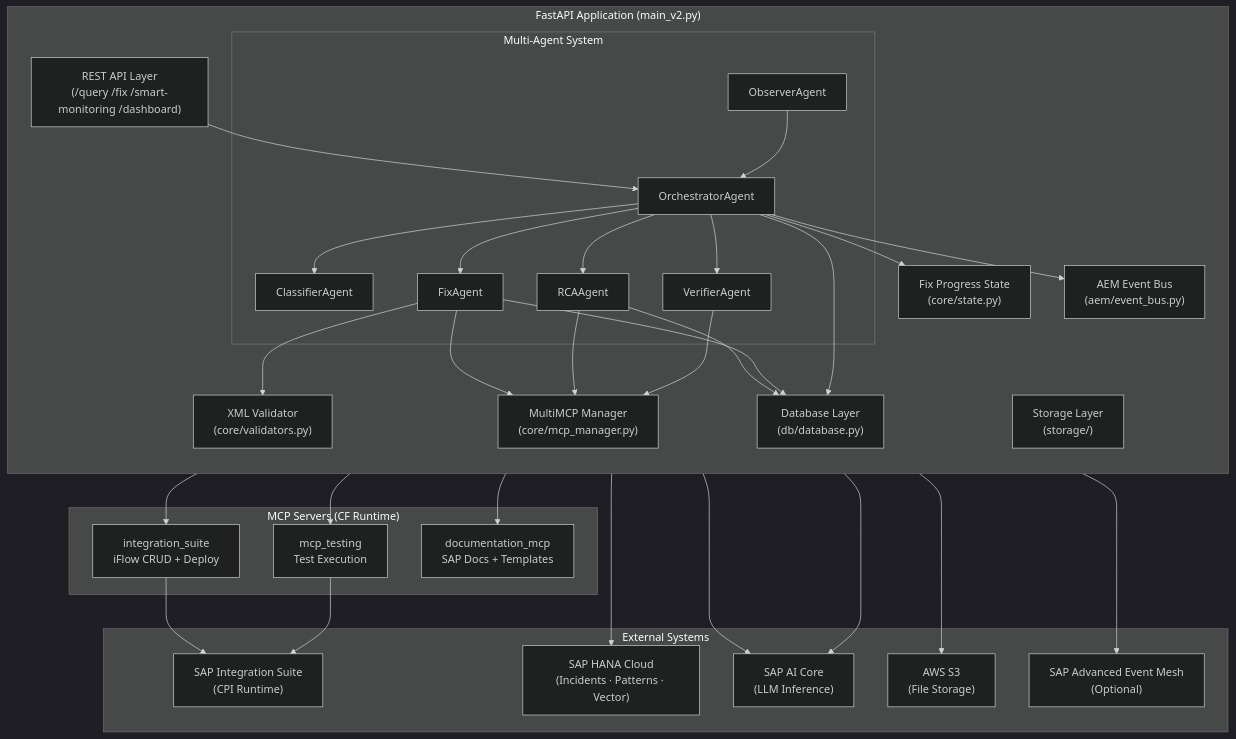
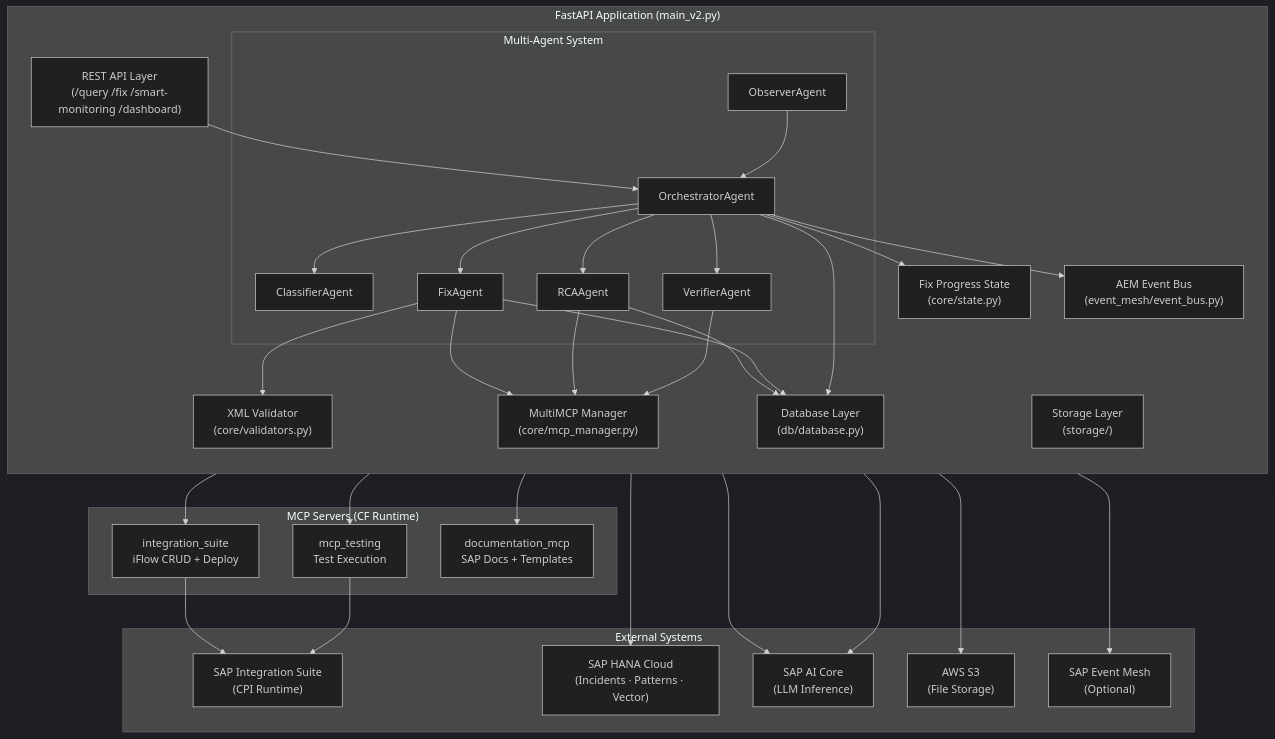
One commit to Prem2110/Auto-remediation-EventMesh changed the diagram in docs/architecture/overview.md. Above: the diagram before and after it, drawn with Mermaid (dark theme). The commit also changed other lines of this file and 34 other files, not shown here.

````diff
--- a/docs/architecture/overview.md
+++ b/docs/architecture/overview.md
@@ -5,61 +5,61 @@
 ```mermaid
 flowchart TB
     subgraph External["External Systems"]
         SAP["SAP Integration Suite\n(CPI Runtime)"]
         HANA["SAP HANA Cloud\n(Incidents · Patterns · Vector)"]
         AICORE["SAP AI Core\n(LLM Inference)"]
         S3["AWS S3\n(File Storage)"]
-        AEM_EXT["SAP Advanced Event Mesh\n(Optional)"]
+        AEM_EXT["SAP Event Mesh\n(Optional)"]
     end
 
     subgraph App["FastAPI Application (main_v2.py)"]
         direction TB
         API["REST API Layer\n(/query /fix /smart-monitoring /dashboard)"]
         subgraph Agents["Multi-Agent System"]
             ORC["OrchestratorAgent"]
             OBS["ObserverAgent"]
             CLS["ClassifierAgent"]
             RCA["RCAAgent"]
             FIX["FixAgent"]
             VER["VerifierAgent"]
         end
         MCP["MultiMCP Manager\n(core/mcp_manager.py)"]
-        EVTBUS["AEM Event Bus\n(aem/event_bus.py)"]
+        EVTBUS["AEM Event Bus\n(event_mesh/event_bus.py)"]
         DB["Database Layer\n(db/database.py)"]
         STORE["Storage Layer\n(storage/)"]
         VALID["XML Validator\n(core/validators.py)"]
         STATE["Fix Progress State\n(core/state.py)"]
     end
 
     subgraph MCP_Servers["MCP Servers (CF Runtime)"]
         IS["integration_suite\niFlow CRUD + Deploy"]
         TST["mcp_testing\nTest Execution"]
         DOC["documentation_mcp\nSAP Docs + Templates"]
     end
 
     API --> ORC
     ORC --> CLS
     ORC --> RCA
     ORC --> FIX
     ORC --> VER
     OBS --> ORC
     FIX --> VALID
     FIX --> MCP
     RCA --> MCP
     VER --> MCP
     MCP --> IS
     MCP --> TST
     MCP --> DOC
     IS --> SAP
     TST --> SAP
     DB --> HANA
     STORE --> S3
     RCA --> DB
     FIX --> DB
     ORC --> DB
     ORC --> STATE
     ORC --> EVTBUS
     EVTBUS --> AEM_EXT
     RCA --> AICORE
     FIX --> AICORE
 ```
````
